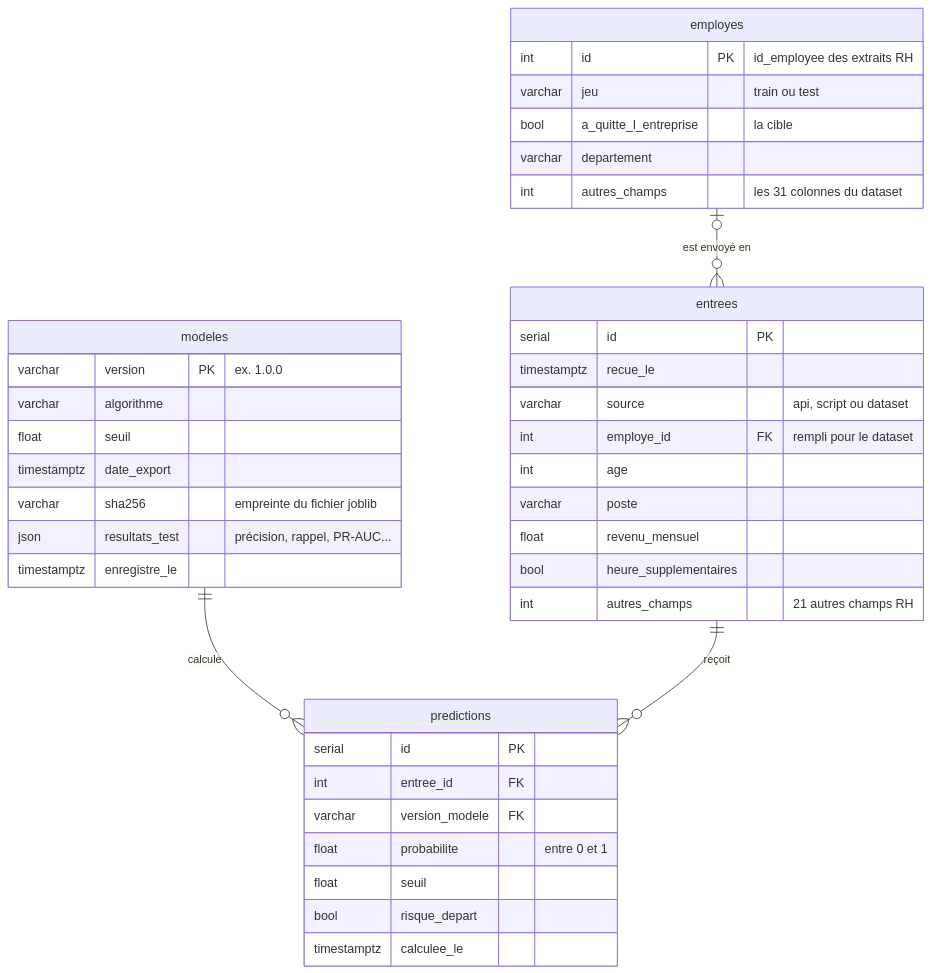
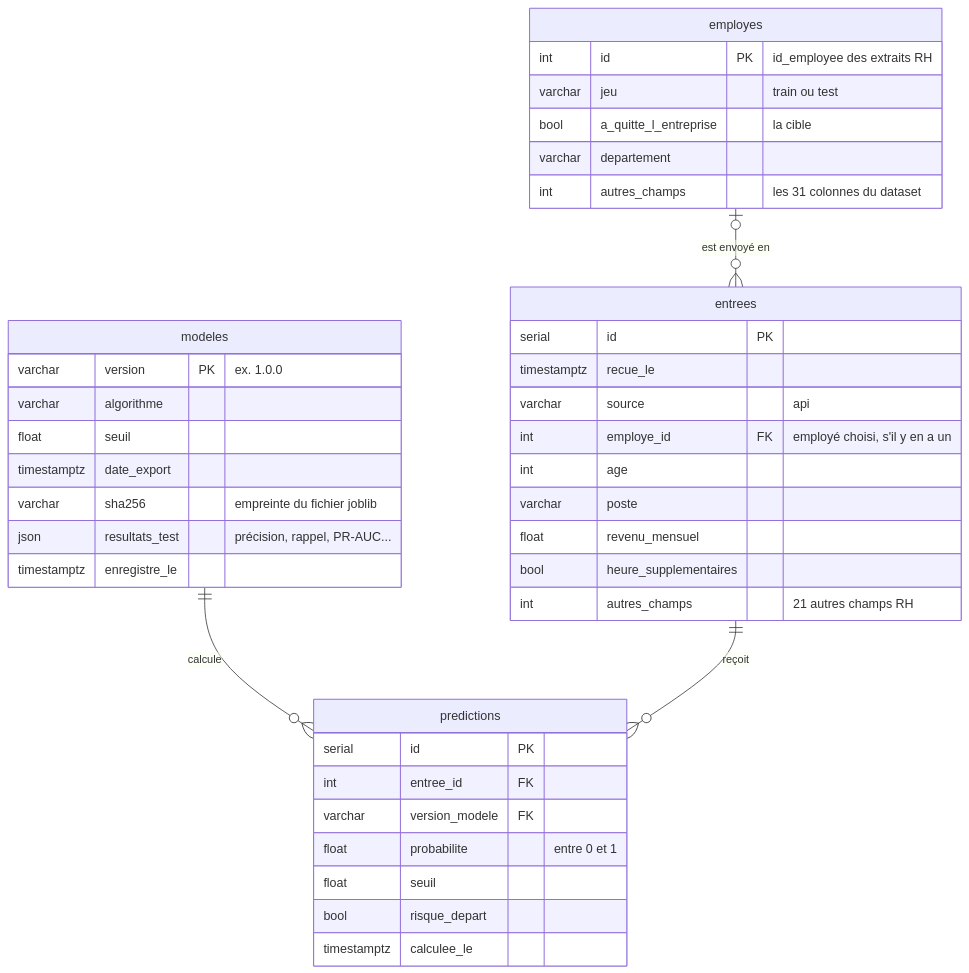
The diagram in docs/BASE_DE_DONNEES.md (hack-the-void/futurisys-attrition), drawn with Mermaid before and after one commit. The commit also changed other lines of this file and 1 other file, not shown here.

Commit message:
docs: décrit le choix d'un employé et la prédiction à la demande

````diff
--- a/docs/BASE_DE_DONNEES.md
+++ b/docs/BASE_DE_DONNEES.md
@@ -10,44 +11,44 @@
 ```mermaid
 erDiagram
     employes |o--o{ entrees : "est envoyé en"
     modeles ||--o{ predictions : "calcule"
     entrees ||--o{ predictions : "reçoit"
 
     employes {
         int id PK "id_employee des extraits RH"
         varchar jeu "train ou test"
         bool a_quitte_l_entreprise "la cible"
         varchar departement
         int autres_champs "les 31 colonnes du dataset"
     }
 
     modeles {
         varchar version PK "ex. 1.0.0"
         varchar algorithme
         float seuil
         timestamptz date_export
         varchar sha256 "empreinte du fichier joblib"
         json resultats_test "précision, rappel, PR-AUC..."
         timestamptz enregistre_le
     }
     entrees {
         serial id PK
         timestamptz recue_le
-        varchar source "api, script ou dataset"
-        int employe_id FK "rempli pour le dataset"
+        varchar source "api"
+        int employe_id FK "employé choisi, s'il y en a un"
         int age
         varchar poste
         float revenu_mensuel
         bool heure_supplementaires
         int autres_champs "21 autres champs RH"
     }
     predictions {
         serial id PK
         int entree_id FK
         varchar version_modele FK
         float probabilite "entre 0 et 1"
         float seuil
         bool risque_depart
         timestamptz calculee_le
     }
 ```
````
